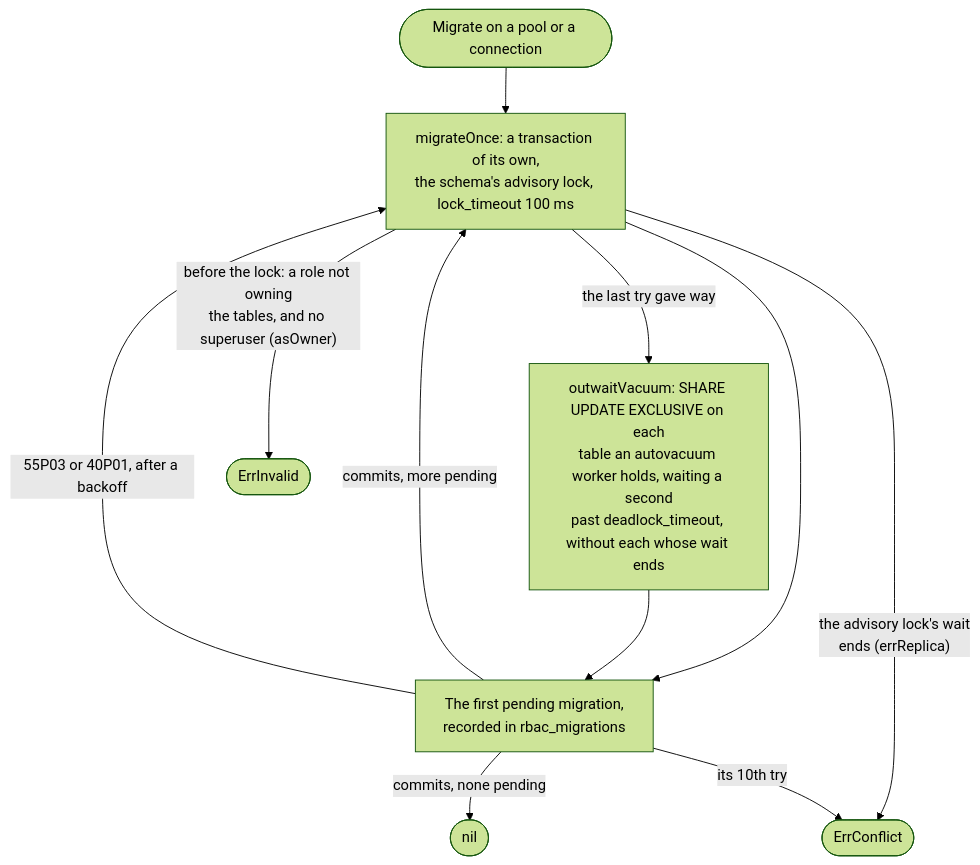
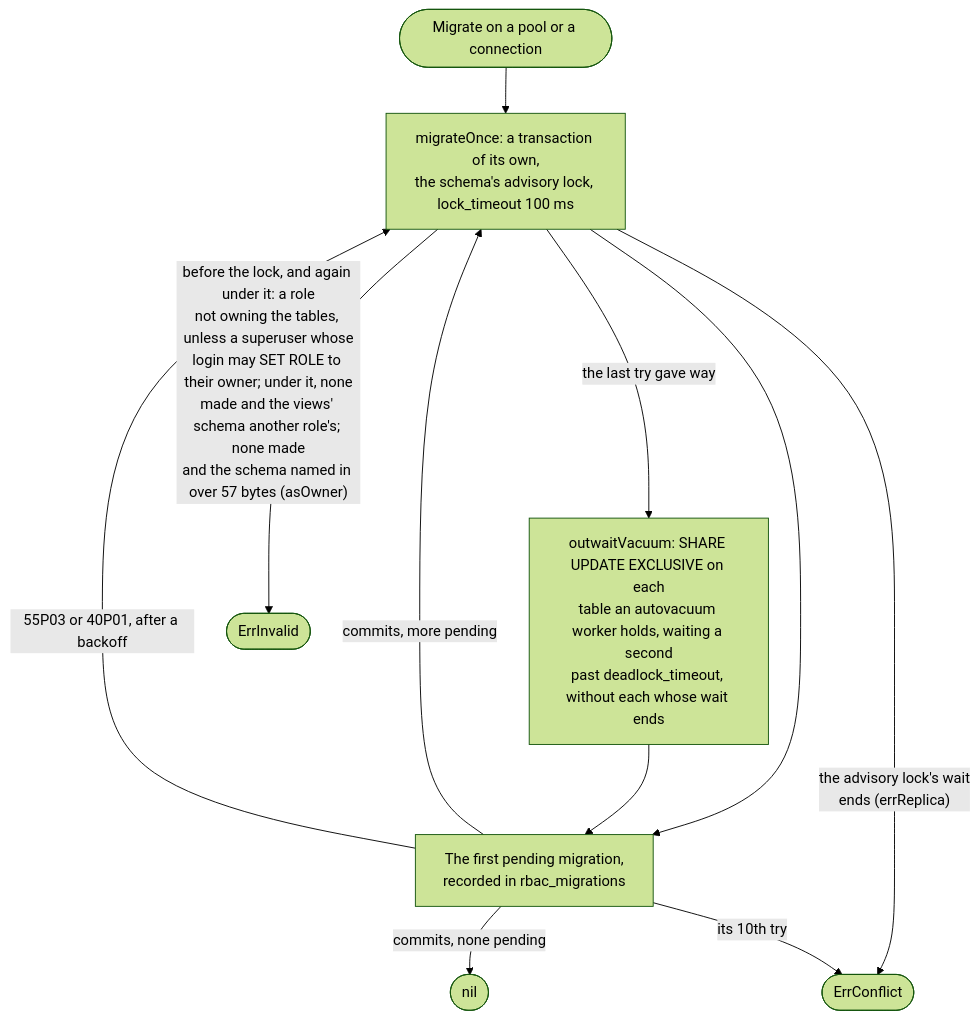
Before and after one commit to parallelworks/rbac: diagram 12 of 14 in docs/architecture.md, drawn with Mermaid (forest theme). The commit also changed other lines of this file and 4 other files, not shown here.

Commit message:
fix: a Migrate beside the owner's, first on the administrator's schema or on one named in over 57 bytes, made tables that stopped every later Migrate, and a superuser by SET ROLE failed (#139)

````diff
--- a/docs/architecture.md
+++ b/docs/architecture.md
@@ -1512,13 +1524,13 @@
 ```mermaid
 flowchart TB
     start(["Migrate on a pool or a connection"]) --> tx["migrateOnce: a transaction of its own,<br/>the schema's advisory lock, lock_timeout 100 ms"]
     tx -->|"the last try gave way"| vac["outwaitVacuum: SHARE UPDATE EXCLUSIVE on each<br/>table an autovacuum worker holds, waiting a second<br/>past deadlock_timeout, without each whose wait ends"]
     tx --> one["The first pending migration,<br/>recorded in rbac_migrations"]
     vac --> one
     one -->|"commits, more pending"| tx
     one -->|"commits, none pending"| done(["nil"])
     tx -->|"the advisory lock's wait<br/>ends (errReplica)"| conflict(["ErrConflict"])
-    tx -->|"before the lock: a role not owning<br/>the tables, and no superuser (asOwner)"| invalid(["ErrInvalid"])
+    tx -->|"before the lock, and again under it: a role<br/>not owning the tables, unless a superuser whose<br/>login may SET ROLE to their owner; under it, none<br/>made and the views' schema another role's; none made<br/>and the schema named in over 57 bytes (asOwner)"| invalid(["ErrInvalid"])
     one -->|"55P03 or 40P01, after a backoff"| tx
     one -->|"its 10th try"| conflict
 ```
````
